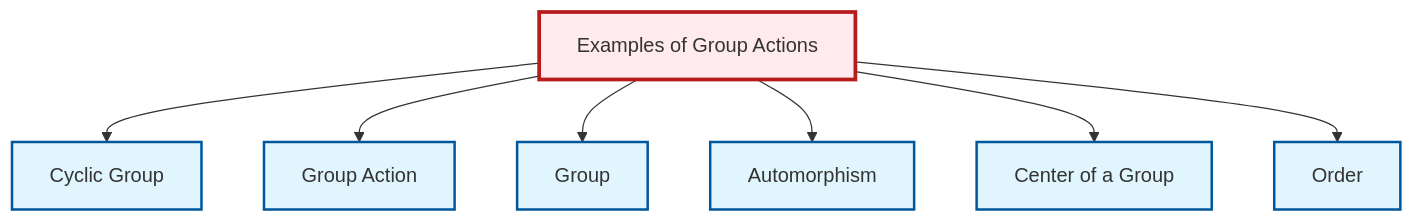
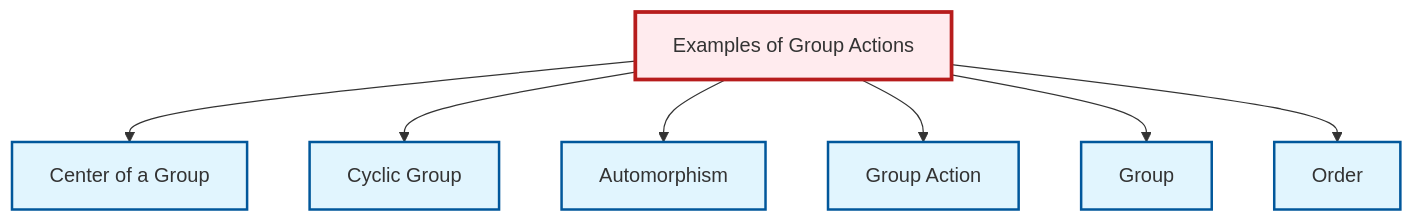
One commit to RK0429/ModernMath changed the diagram in output/mermaid/en/ex-group-action-examples.mermaid. Above: the diagram before and after it, drawn with Mermaid. The commit also changed other lines of this file and 3216 other files, not shown here.

```diff
--- a/output/mermaid/en/ex-group-action-examples.mermaid
+++ b/output/mermaid/en/ex-group-action-examples.mermaid
@@ -1,20 +1,20 @@
 graph TD
     classDef definition fill:#e1f5fe,stroke:#01579b,stroke-width:2px
     classDef theorem fill:#f3e5f5,stroke:#4a148c,stroke-width:2px
     classDef axiom fill:#fff3e0,stroke:#e65100,stroke-width:2px
     classDef example fill:#e8f5e9,stroke:#1b5e20,stroke-width:2px
     classDef current fill:#ffebee,stroke:#b71c1c,stroke-width:3px
-    ex-group-action-examples["Examples of Group Actions"]:::example
-    def-group["Group"]:::definition
-    def-center-of-group["Center of a Group"]:::definition
-    def-group-action["Group Action"]:::definition
     def-automorphism["Automorphism"]:::definition
     def-cyclic-group["Cyclic Group"]:::definition
+    def-group["Group"]:::definition
+    ex-group-action-examples["Examples of Group Actions"]:::example
+    def-group-action["Group Action"]:::definition
     def-order["Order"]:::definition
+    def-center-of-group["Center of a Group"]:::definition
+    ex-group-action-examples --> def-center-of-group
     ex-group-action-examples --> def-cyclic-group
+    ex-group-action-examples --> def-automorphism
     ex-group-action-examples --> def-group-action
     ex-group-action-examples --> def-group
-    ex-group-action-examples --> def-automorphism
-    ex-group-action-examples --> def-center-of-group
     ex-group-action-examples --> def-order
     class ex-group-action-examples current
```
